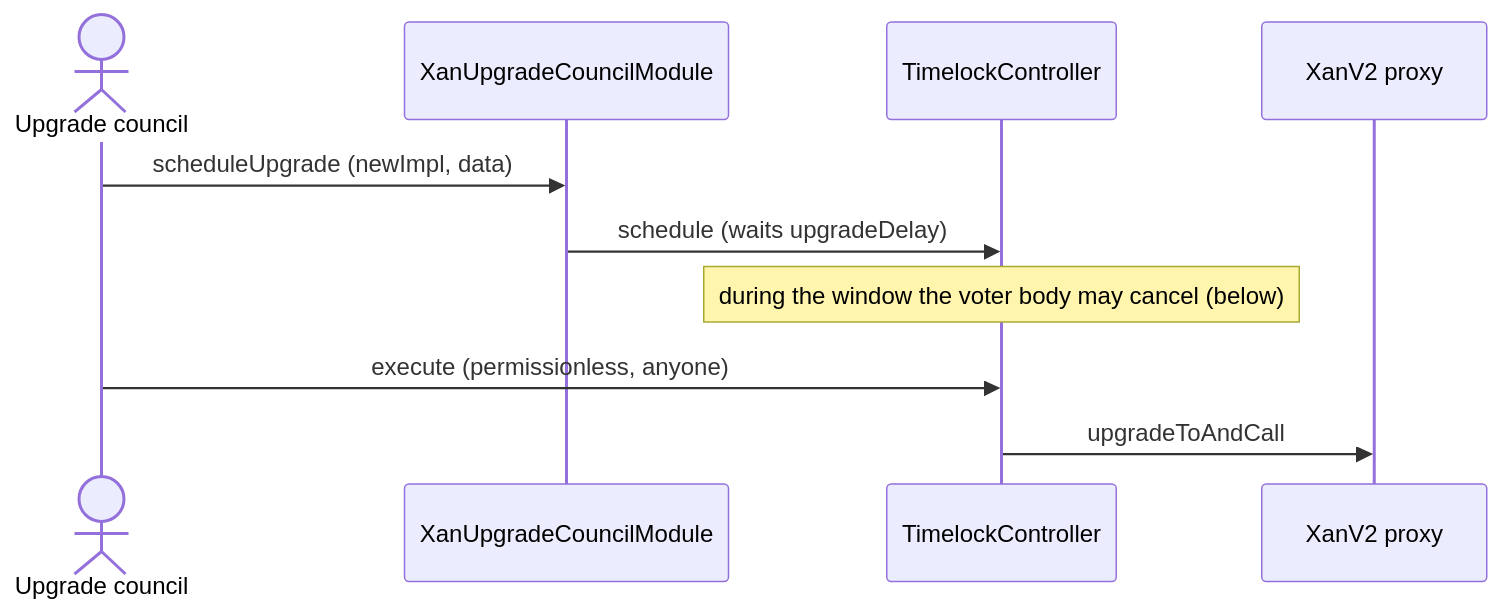
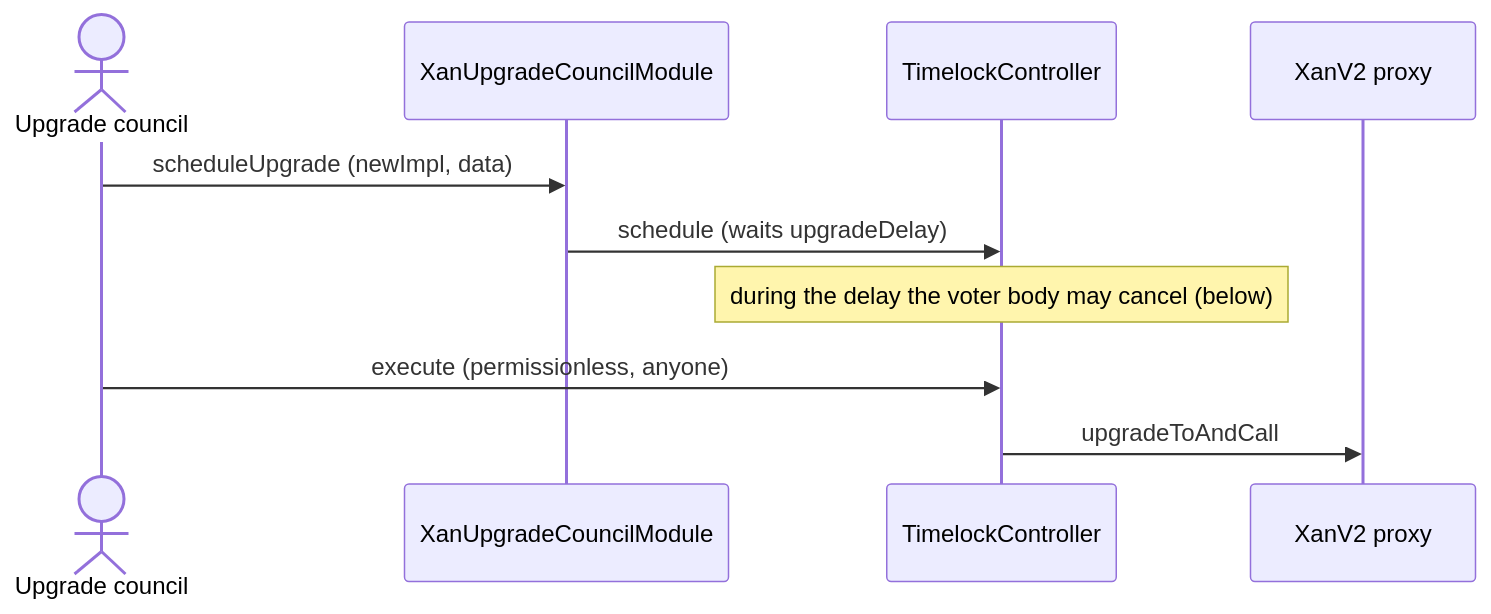
The third of 6 diagrams in docs/02-XanV2-governance.md (anoma/token), drawn with Mermaid before and after one commit. The commit also changed other lines of this file and 1 other file, not shown here.

````diff
--- a/docs/02-XanV2-governance.md
+++ b/docs/02-XanV2-governance.md
@@ -94,12 +96,12 @@
 ```mermaid
 sequenceDiagram
     actor C as Upgrade council
     participant M as XanUpgradeCouncilModule
     participant T as TimelockController
     participant K as XanV2 proxy
     C->>M: scheduleUpgrade (newImpl, data)
     M->>T: schedule (waits upgradeDelay)
-    Note over T: during the window the voter body may cancel (below)
+    Note over T: during the delay the voter body may cancel (below)
     C->>T: execute (permissionless, anyone)
     T->>K: upgradeToAndCall
 ```
````
